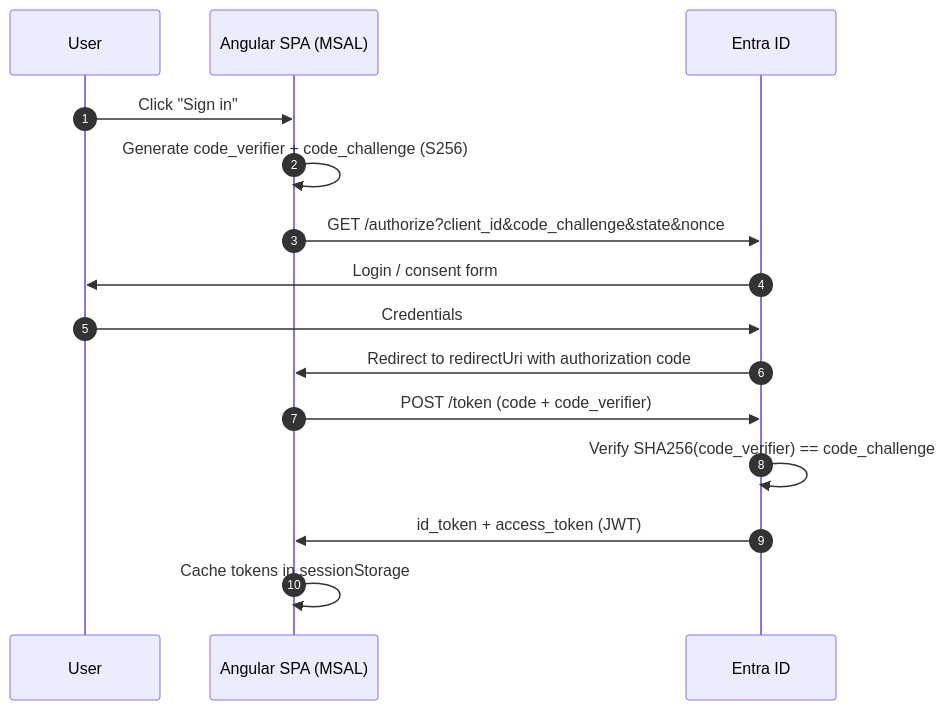
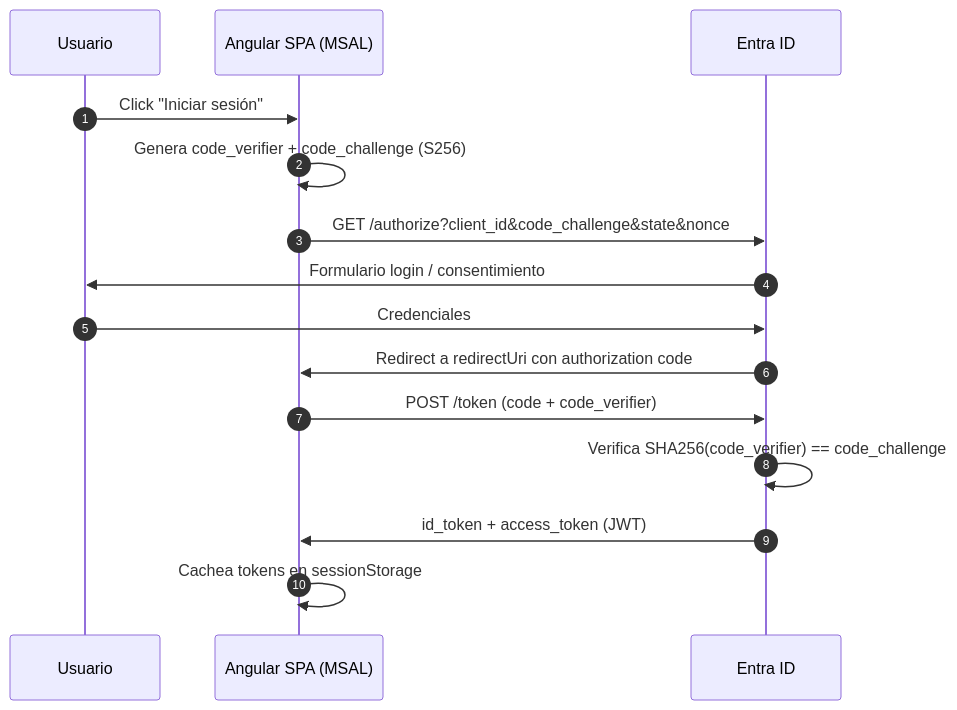
Before and after one commit to FabianOsses21/Frontend-MSAL1.3: the second of 3 diagrams in frontend-msal/README.md, drawn with Mermaid. The commit also changed other lines of this file, not shown here.

First line of the commit message:
docs: translate README diagrams and docs to Spanish

````diff
--- a/frontend-msal/README.md
+++ b/frontend-msal/README.md
@@ -30,17 +30,17 @@
 ```mermaid
 sequenceDiagram
     autonumber
-    participant U as User
+    participant U as Usuario
     participant F as Angular SPA (MSAL)
     participant E as Entra ID
-    U->>F: Click "Sign in"
-    F->>F: Generate code_verifier + code_challenge (S256)
+    U->>F: Click "Iniciar sesión"
+    F->>F: Genera code_verifier + code_challenge (S256)
     F->>E: GET /authorize?client_id&code_challenge&state&nonce
-    E->>U: Login / consent form
-    U->>E: Credentials
-    E->>F: Redirect to redirectUri with authorization code
+    E->>U: Formulario login / consentimiento
+    U->>E: Credenciales
+    E->>F: Redirect a redirectUri con authorization code
     F->>E: POST /token (code + code_verifier)
-    E->>E: Verify SHA256(code_verifier) == code_challenge
+    E->>E: Verifica SHA256(code_verifier) == code_challenge
     E->>F: id_token + access_token (JWT)
-    F->>F: Cache tokens in sessionStorage
+    F->>F: Cachea tokens en sessionStorage
 ```
````
